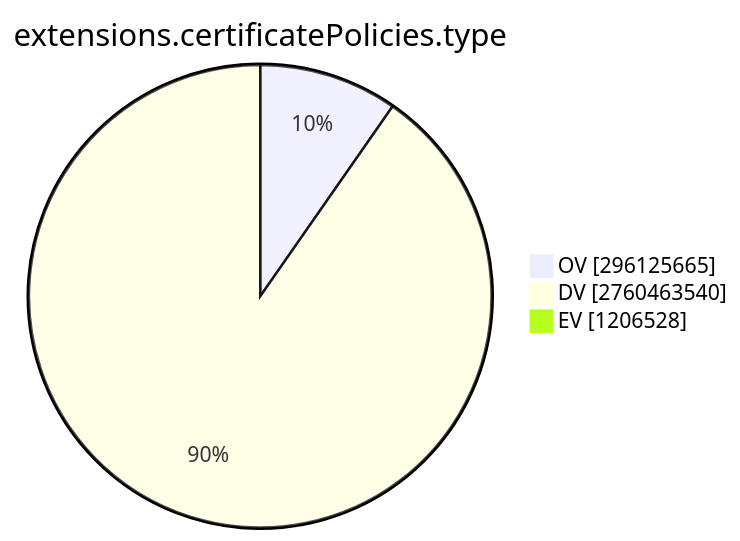
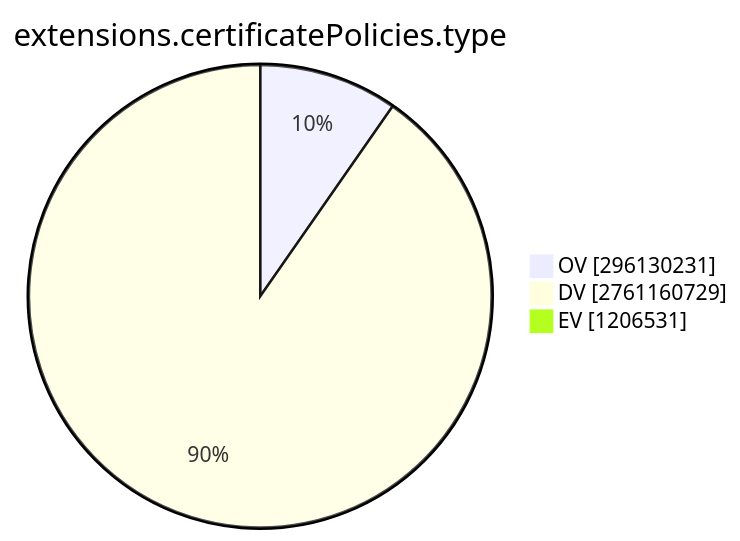
The ninth of 15 diagrams in TOTAL/README.md (christiankrug/ctmonitor_visualization), drawn with Mermaid before and after one commit. The commit also changed other lines of this file, not shown here.

````diff
--- a/TOTAL/README.md
+++ b/TOTAL/README.md
@@ -3099,7 +3099,7 @@
 ```mermaid
 pie showData
 title extensions.certificatePolicies.type
-"OV" :296125665
-"DV" :2760463540
-"EV" :1206528
+"OV" :296130231
+"DV" :2761160729
+"EV" :1206531
 ```
````
